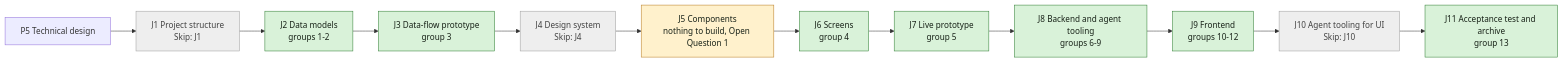
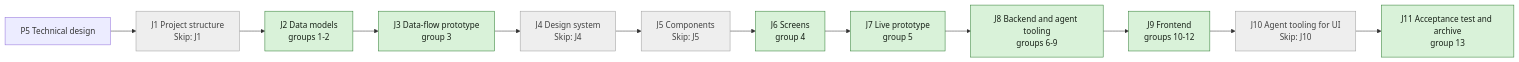
Before and after one commit to appboypov/multica: the diagram in specs/openspec/changes/turn-agent-questions-off-for-one-issue/tasks.md, drawn with Mermaid. The commit also changed other lines of this file and 1 other file, not shown here.

First line of the commit message:
docs(specs): record Brian's skip of J5 on UJ-5

````diff
--- a/specs/openspec/changes/turn-agent-questions-off-for-one-issue/tasks.md
+++ b/specs/openspec/changes/turn-agent-questions-off-for-one-issue/tasks.md
@@ -3,18 +3,17 @@
 ```mermaid
 flowchart LR
   classDef work fill:#d9f2d9,stroke:#2e7d32,color:#172117
-  classDef ask fill:#fff1cc,stroke:#b7791f,color:#172117
   classDef skip fill:#eeeeee,stroke:#9e9e9e,color:#424242
   P5[P5 Technical design] --> J1
   J1[J1 Project structure<br/>Skip: J1]:::skip --> J2
   J2[J2 Data models<br/>groups 1-2]:::work --> J3
   J3[J3 Data-flow prototype<br/>group 3]:::work --> J4
   J4[J4 Design system<br/>Skip: J4]:::skip --> J5
-  J5[J5 Components<br/>nothing to build, Open Question 1]:::ask --> J6
+  J5[J5 Components<br/>Skip: J5]:::skip --> J6
   J6[J6 Screens<br/>group 4]:::work --> J7
   J7[J7 Live prototype<br/>group 5]:::work --> J8
   J8[J8 Backend and agent tooling<br/>groups 6-9]:::work --> J9
   J9[J9 Frontend<br/>groups 10-12]:::work --> J10
   J10[J10 Agent tooling for UI<br/>Skip: J10]:::skip --> J11
   J11[J11 Acceptance test and archive<br/>group 13]:::work
 ```
````
